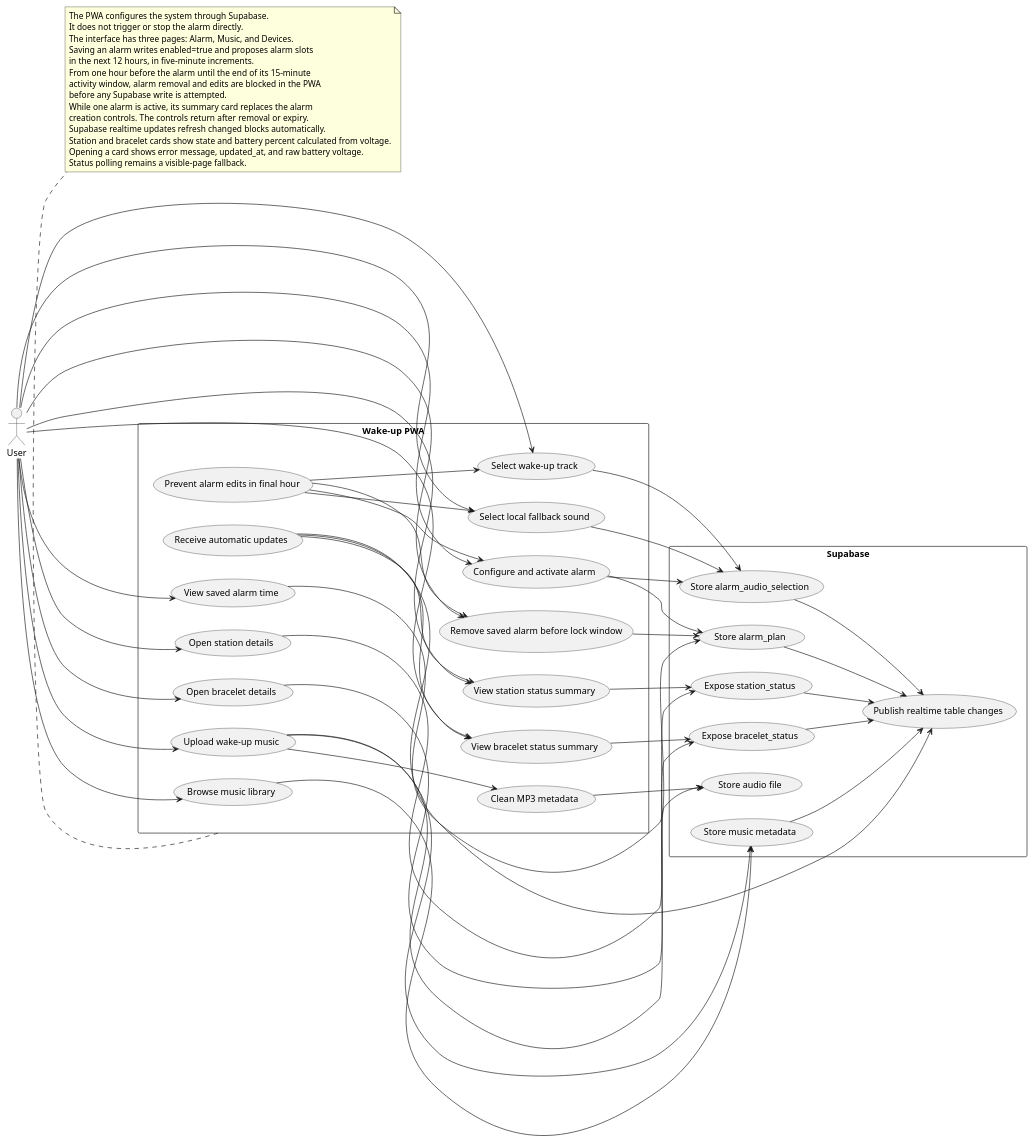
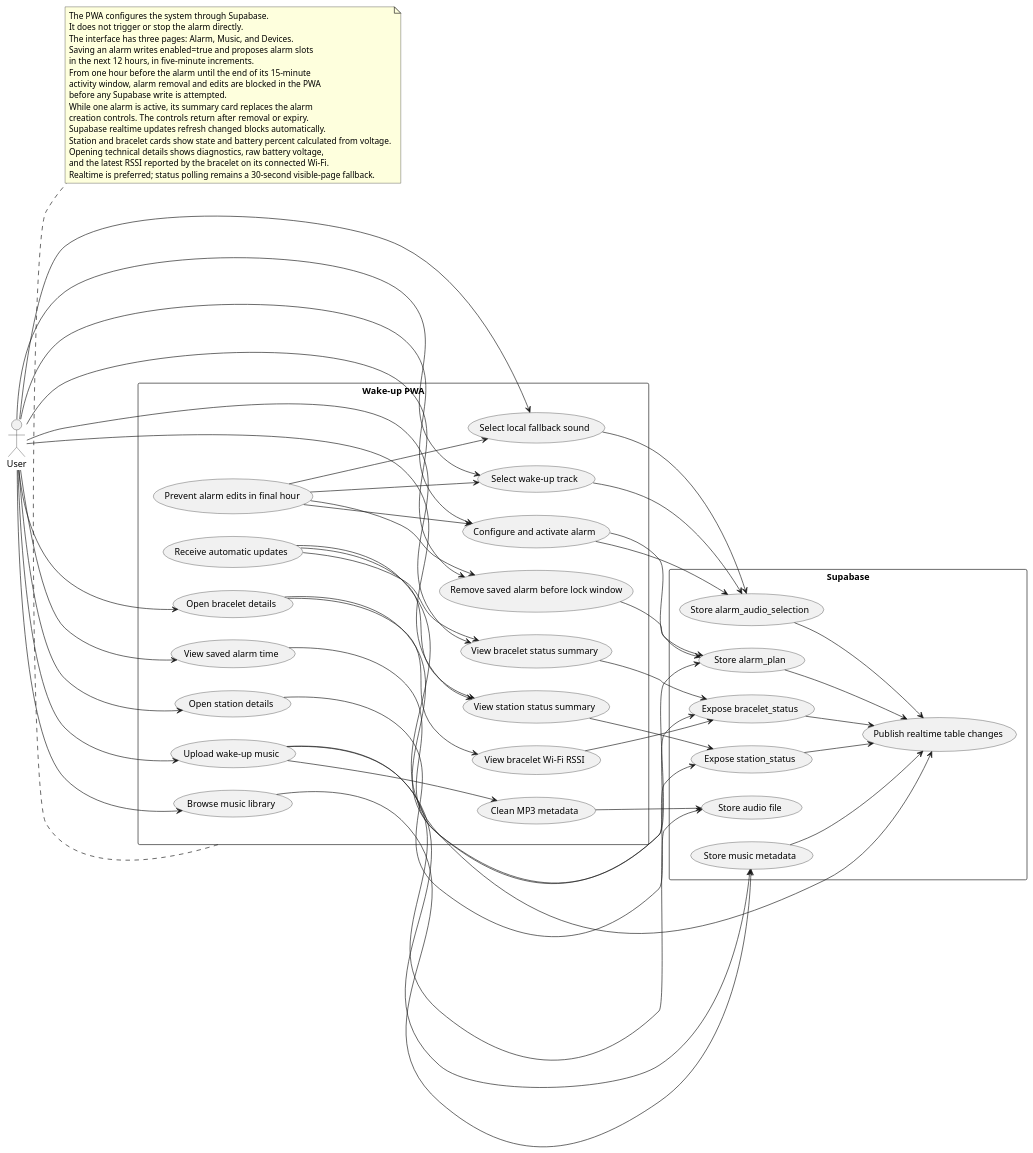
One commit to Jzn-wbr/Starter changed the diagram in code/app mobile/UML/use_cases.puml. Above: the diagram before and after it, drawn with PlantUML. The commit also changed 17 other files, not shown here.

```diff
--- a/code/app mobile/UML/use_cases.puml
+++ b/code/app mobile/UML/use_cases.puml
@@ -1,92 +1,96 @@
 @startuml
 left to right direction
 skinparam packageStyle rectangle
 skinparam shadowing false
 
 actor "User" as User
 
 rectangle "Wake-up PWA" {
   usecase "Upload wake-up music" as UploadMusic
   usecase "Clean MP3 metadata" as CleanMp3Metadata
   usecase "Browse music library" as BrowseMusic
   usecase "Select wake-up track" as SelectTrack
   usecase "Select local fallback sound" as SelectFallback
   usecase "Configure and activate alarm" as ConfigureAlarm
   usecase "View saved alarm time" as ViewSavedAlarm
   usecase "Remove saved alarm before lock window" as RemoveAlarm
   usecase "Prevent alarm edits in final hour" as LockAlarm
   usecase "View station status summary" as ViewStationStatus
   usecase "View bracelet status summary" as ViewBraceletStatus
   usecase "Open station details" as ViewStationDetails
   usecase "Open bracelet details" as ViewBraceletDetails
+  usecase "View bracelet Wi-Fi RSSI" as ViewBraceletRssi
   usecase "Receive automatic updates" as ReceiveUpdates
 }
 
 rectangle "Supabase" {
   usecase "Store audio file" as StoreAudio
   usecase "Store music metadata" as StoreMusicMetadata
   usecase "Store alarm_plan" as StoreAlarmPlan
   usecase "Store alarm_audio_selection" as StoreAlarmAudio
   usecase "Expose station_status" as ExposeStationStatus
   usecase "Expose bracelet_status" as ExposeBraceletStatus
   usecase "Publish realtime table changes" as PublishRealtime
 }
 
 User --> UploadMusic
 User --> BrowseMusic
 User --> SelectTrack
 User --> SelectFallback
 User --> ConfigureAlarm
 User --> ViewSavedAlarm
 User --> RemoveAlarm
 LockAlarm --> ConfigureAlarm
 LockAlarm --> SelectTrack
 LockAlarm --> SelectFallback
 LockAlarm --> RemoveAlarm
 User --> ViewStationStatus
 User --> ViewBraceletStatus
 User --> ViewStationDetails
 User --> ViewBraceletDetails
+ViewBraceletDetails --> ViewBraceletRssi
 ReceiveUpdates --> ViewStationStatus
 ReceiveUpdates --> ViewBraceletStatus
 
 UploadMusic --> StoreAudio
 UploadMusic --> StoreMusicMetadata
 UploadMusic --> CleanMp3Metadata
 CleanMp3Metadata --> StoreAudio
 BrowseMusic --> StoreMusicMetadata
 SelectTrack --> StoreAlarmAudio
 SelectFallback --> StoreAlarmAudio
 ConfigureAlarm --> StoreAlarmPlan
 ConfigureAlarm --> StoreAlarmAudio
 ViewSavedAlarm --> StoreAlarmPlan
 RemoveAlarm --> StoreAlarmPlan
 ViewStationStatus --> ExposeStationStatus
 ViewBraceletStatus --> ExposeBraceletStatus
 ViewStationDetails --> ExposeStationStatus
 ViewBraceletDetails --> ExposeBraceletStatus
+ViewBraceletRssi --> ExposeBraceletStatus
 ExposeStationStatus --> PublishRealtime
 ExposeBraceletStatus --> PublishRealtime
 StoreAlarmPlan --> PublishRealtime
 StoreAlarmAudio --> PublishRealtime
 StoreMusicMetadata --> PublishRealtime
 ReceiveUpdates --> PublishRealtime
 
 note bottom of "Wake-up PWA"
   The PWA configures the system through Supabase.
   It does not trigger or stop the alarm directly.
   The interface has three pages: Alarm, Music, and Devices.
   Saving an alarm writes enabled=true and proposes alarm slots
   in the next 12 hours, in five-minute increments.
   From one hour before the alarm until the end of its 15-minute
   activity window, alarm removal and edits are blocked in the PWA
   before any Supabase write is attempted.
   While one alarm is active, its summary card replaces the alarm
   creation controls. The controls return after removal or expiry.
   Supabase realtime updates refresh changed blocks automatically.
   Station and bracelet cards show state and battery percent calculated from voltage.
-  Opening a card shows error message, updated_at, and raw battery voltage.
-  Status polling remains a visible-page fallback.
+  Opening technical details shows diagnostics, raw battery voltage,
+  and the latest RSSI reported by the bracelet on its connected Wi-Fi.
+  Realtime is preferred; status polling remains a 30-second visible-page fallback.
 end note
 
 @enduml
```
